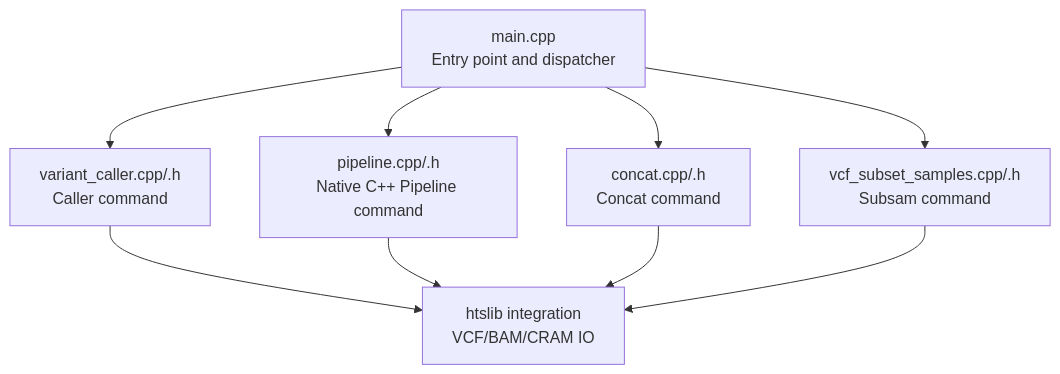
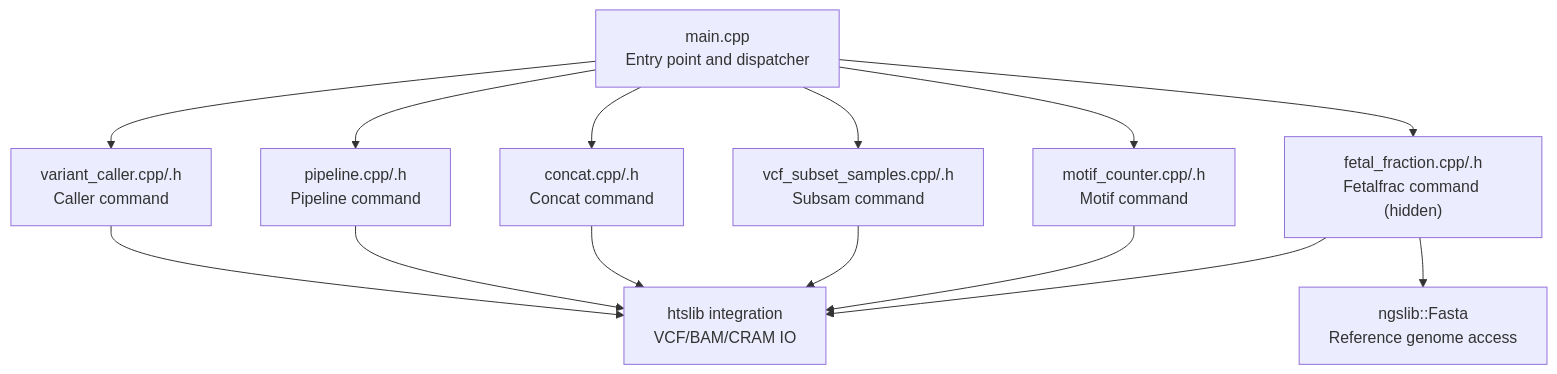
The first of 3 diagrams in .qoder/repowiki/en/content/Command-Line Interface Reference/Command-Line Interface Reference.md (ShujiaHuang/BaseVar2), drawn with Mermaid before and after one commit. The commit also changed other lines of this file and 3 other files, not shown here.

````diff
--- a/.qoder/repowiki/en/content/Command-Line Interface Reference/Command-Line Interface Reference.md
+++ b/.qoder/repowiki/en/content/Command-Line Interface Reference/Command-Line Interface Reference.md
@@ -49,11 +57,16 @@
 ```mermaid
 graph TB
 A["main.cpp<br/>Entry point and dispatcher"] --> B["variant_caller.cpp/.h<br/>Caller command"]
-A --> P["pipeline.cpp/.h<br/>Native C++ Pipeline command"]
+A --> P["pipeline.cpp/.h<br/>Pipeline command"]
 A --> C["concat.cpp/.h<br/>Concat command"]
 A --> D["vcf_subset_samples.cpp/.h<br/>Subsam command"]
+A --> M["motif_counter.cpp/.h<br/>Motif command"]
+A --> F["fetal_fraction.cpp/.h<br/>Fetalfrac command (hidden)"]
 B --> E["htslib integration<br/>VCF/BAM/CRAM IO"]
 P --> E
 C --> E
 D --> E
+M --> E
+F --> E
+F --> G["ngslib::Fasta<br/>Reference genome access"]
 ```
````
